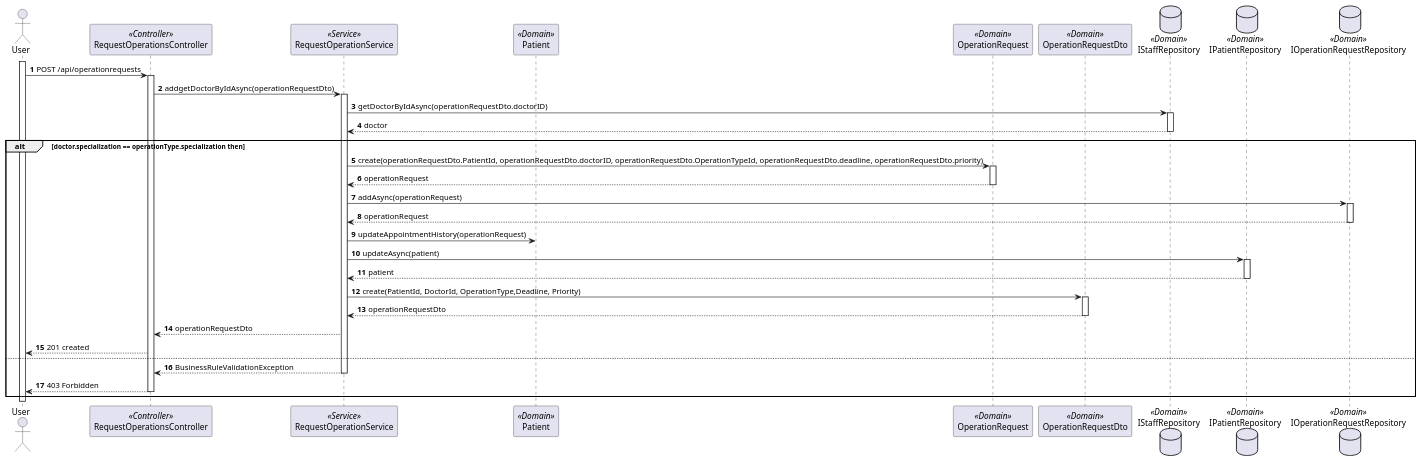
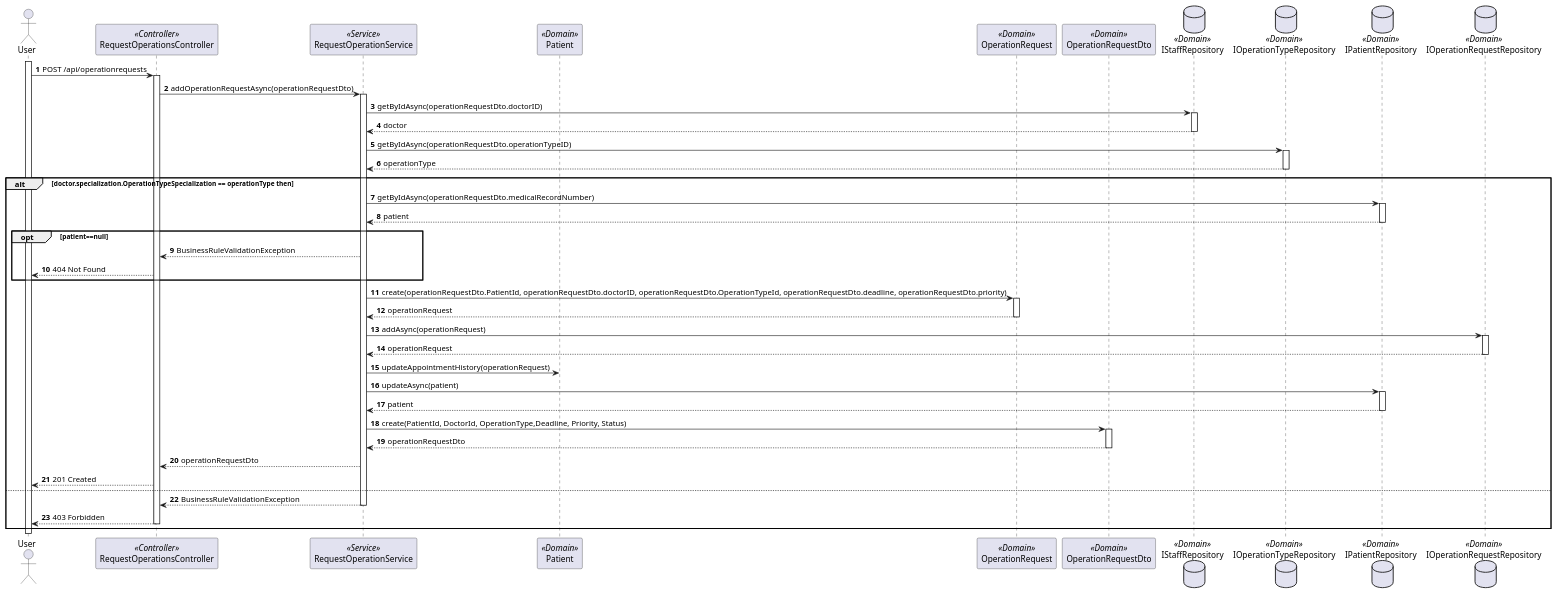
The diagram in docs/sprint-a/us-5.1.16/level3/process-view.puml (1220846/sem5pi-24-25-3ddg20), drawn with PlantUML before and after one commit.

Commit message:
docs:Modification of Level3#16

```diff
--- a/docs/sprint-a/us-5.1.16/level3/process-view.puml
+++ b/docs/sprint-a/us-5.1.16/level3/process-view.puml
@@ -1,70 +1,86 @@
 @startuml level3
 
 autonumber
 
 actor "User" as UserP
 participant "RequestOperationsController" as Controller <<Controller>>
 participant "RequestOperationService" as Service <<Service>>
 participant "Patient" as Patient <<Domain>>
 participant "OperationRequest" as OperationRequest <<Domain>>
 participant "OperationRequestDto" as OperationRequestDto <<Domain>>
 database "IStaffRepository" as StaffRepository <<Domain>>
+database "IOperationTypeRepository" as OperationTypeRepository <<Domain>>
 database "IPatientRepository" as PatientRepository <<Domain>>
 database "IOperationRequestRepository" as OperationRequestRepository <<Domain>>
 
 activate UserP
 UserP->Controller: POST /api/operationrequests
 activate Controller
 
-    Controller->Service:addgetDoctorByIdAsync(operationRequestDto)
+    Controller->Service:addOperationRequestAsync(operationRequestDto)
     activate Service
 
-        Service -> StaffRepository:getDoctorByIdAsync(operationRequestDto.doctorID)
+        Service -> StaffRepository:getByIdAsync(operationRequestDto.doctorID)
         activate StaffRepository
 
             StaffRepository-->Service:doctor
         deactivate StaffRepository
         
+        Service -> OperationTypeRepository:getByIdAsync(operationRequestDto.operationTypeID)
+        activate OperationTypeRepository
 
-        alt doctor.specialization == operationType.specialization then
+            OperationTypeRepository-->Service:operationType
+        deactivate OperationTypeRepository
+
+        alt doctor.specialization.OperationTypeSpecialization == operationType then
         
+        Service -> PatientRepository:getByIdAsync(operationRequestDto.medicalRecordNumber)
+        activate PatientRepository
+
+            PatientRepository-->Service:patient
+        deactivate PatientRepository
+
+        opt patient==null
+            Service-->Controller:BusinessRuleValidationException
+        Controller-->UserP:404 Not Found
+        end opt
 
         Service->OperationRequest:create(operationRequestDto.PatientId, operationRequestDto.doctorID, operationRequestDto.OperationTypeId, operationRequestDto.deadline, operationRequestDto.priority)
         activate OperationRequest
 
             OperationRequest-->Service:operationRequest
         deactivate OperationRequest
 
         Service->OperationRequestRepository:addAsync(operationRequest)
         activate OperationRequestRepository
 
             OperationRequestRepository-->Service:operationRequest
         deactivate OperationRequestRepository
 
         Service->Patient:updateAppointmentHistory(operationRequest)
 
         Service->PatientRepository:updateAsync(patient)
         activate PatientRepository
 
             PatientRepository-->Service:patient
         deactivate PatientRepository
 
-        Service->OperationRequestDto:create(PatientId, DoctorId, OperationType,Deadline, Priority)
+        Service->OperationRequestDto:create(PatientId, DoctorId, OperationType,Deadline, Priority, Status)
         activate OperationRequestDto
 
             OperationRequestDto-->Service:operationRequestDto
         deactivate OperationRequestDto
         Service --> Controller:operationRequestDto
 
-        UserP<--Controller:201 created
+        UserP<--Controller:201 Created
         else
             Controller<--Service:BusinessRuleValidationException
         deactivate Service
         UserP<--Controller:403 Forbidden
     deactivate Controller
 
 
     end alt
 
 
 @enduml
```
